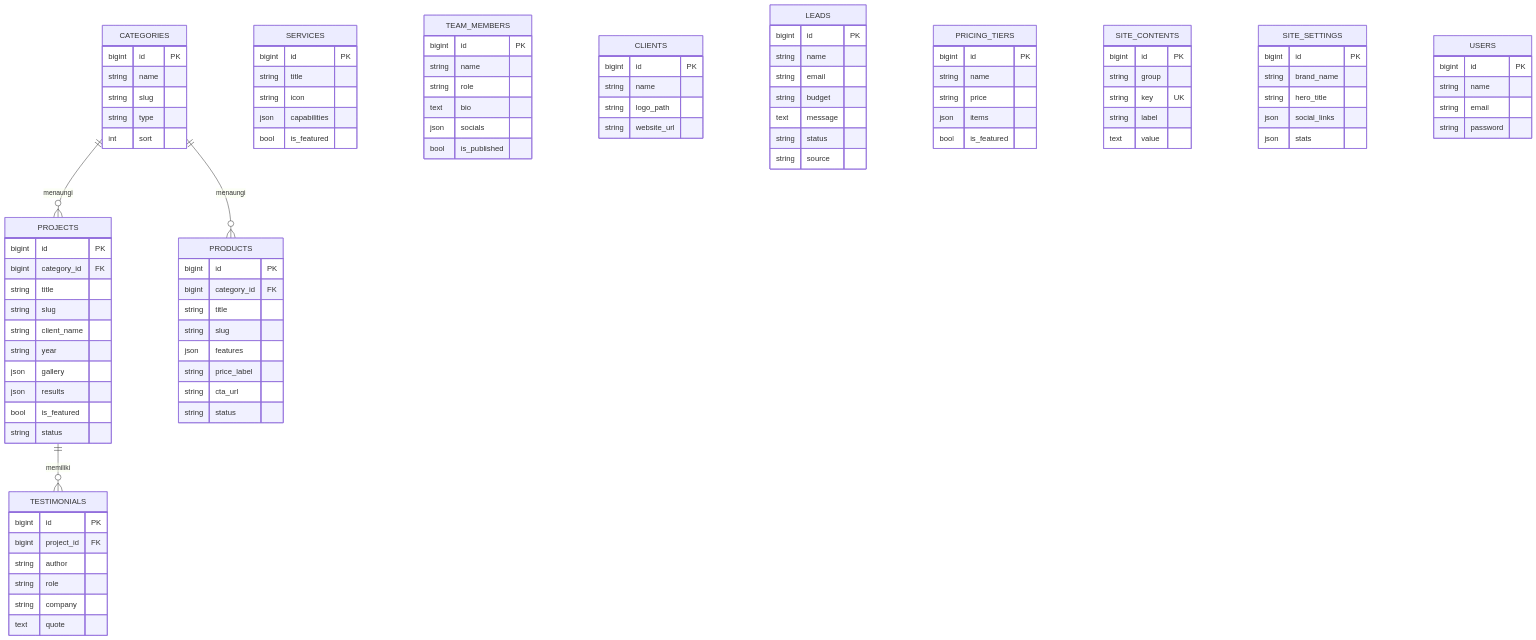
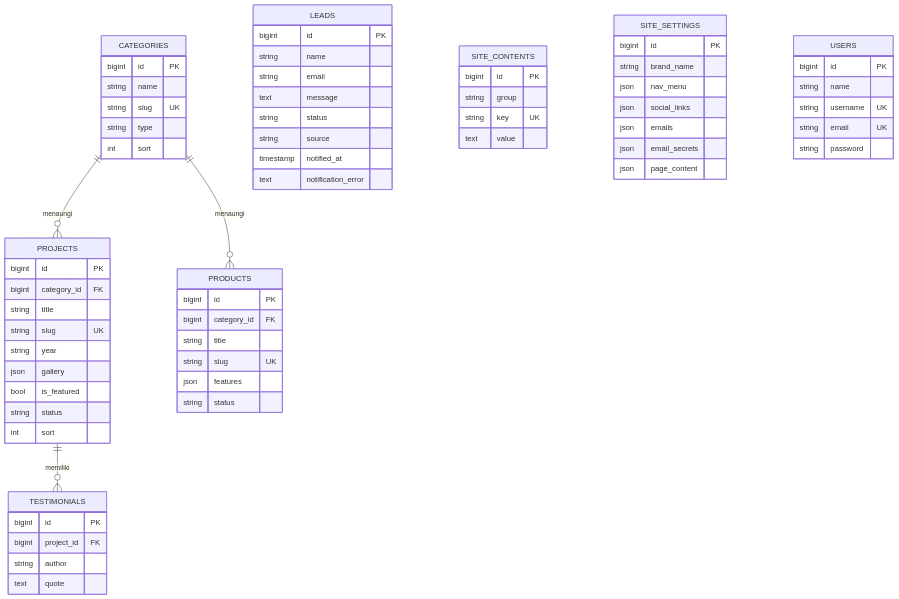
One commit to creativetrees/Compeny changed the third of 6 diagrams in README.md. Above: the diagram before and after it, drawn with Mermaid. The commit also changed other lines of this file, not shown here.

````diff
--- a/README.md
+++ b/README.md
@@ -188,7 +175,7 @@
     CATEGORIES {
         bigint id PK
         string name
-        string slug
+        string slug UK
         string type
         int    sort
     }
@@ -196,87 +183,57 @@
         bigint id PK
         bigint category_id FK
         string title
-        string slug
-        string client_name
+        string slug UK
         string year
         json   gallery
-        json   results
         bool   is_featured
         string status
+        int    sort
     }
     PRODUCTS {
         bigint id PK
         bigint category_id FK
         string title
-        string slug
+        string slug UK
         json   features
-        string price_label
-        string cta_url
         string status
     }
     TESTIMONIALS {
         bigint id PK
         bigint project_id FK
         string author
-        string role
-        string company
         text   quote
-    }
-    SERVICES {
-        bigint id PK
-        string title
-        string icon
-        json   capabilities
-        bool   is_featured
-    }
-    TEAM_MEMBERS {
-        bigint id PK
-        string name
-        string role
-        text   bio
-        json   socials
-        bool   is_published
-    }
-    CLIENTS {
-        bigint id PK
-        string name
-        string logo_path
-        string website_url
     }
     LEADS {
         bigint id PK
         string name
         string email
-        string budget
         text   message
         string status
         string source
-    }
-    PRICING_TIERS {
-        bigint id PK
-        string name
-        string price
-        json   items
-        bool   is_featured
+        timestamp notified_at
+        text   notification_error
     }
     SITE_CONTENTS {
         bigint id PK
         string group
         string key UK
-        string label
         text   value
     }
     SITE_SETTINGS {
         bigint id PK
         string brand_name
-        string hero_title
+        json   nav_menu
         json   social_links
-        json   stats
+        json   emails
+        json   email_secrets
+        json   page_content
     }
     USERS {
         bigint id PK
         string name
-        string email
+        string username UK
+        string email UK
         string password
     }
 ```
````
